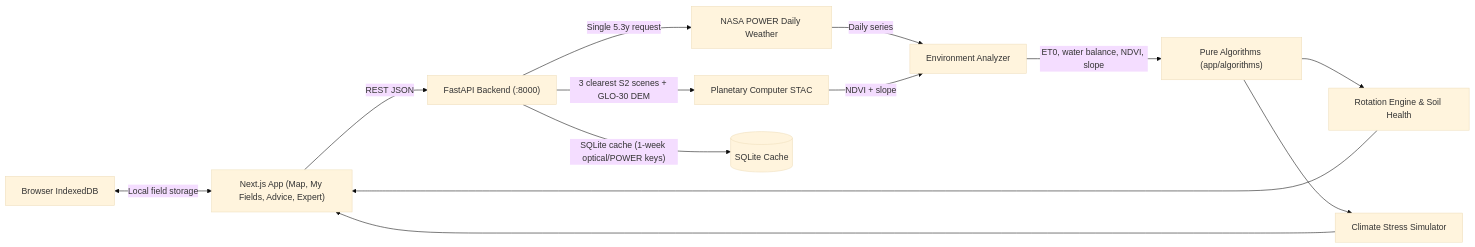
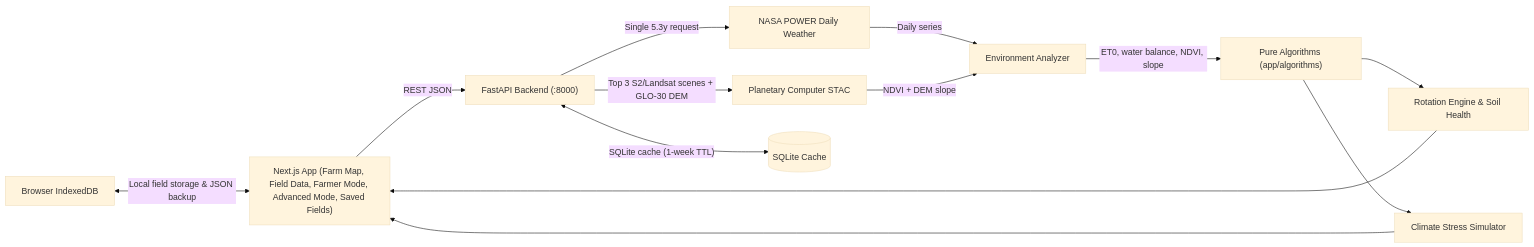
Before and after one commit to mianjunaid1223/ROTARA: the second of 3 diagrams in README.md, drawn with Mermaid (base theme). The commit also changed other lines of this file, not shown here.

````diff
--- a/README.md
+++ b/README.md
@@ -55,17 +252,17 @@
 ```mermaid
 flowchart LR
-    UI["Next.js App (Map, My Fields, Advice, Expert)"] -->|"REST JSON"| API["FastAPI Backend (:8000)"]
-    IDB["Browser IndexedDB"] <-->|"Local field storage"| UI
+    UI["Next.js App (Farm Map, Field Data, Farmer Mode, Advanced Mode, Saved Fields)"] -->|"REST JSON"| API["FastAPI Backend (:8000)"]
+    IDB["Browser IndexedDB"] <-->|"Local field storage & JSON backup"| UI
 
     API -->|"Single 5.3y request"| POWER["NASA POWER Daily Weather"]
-    API -->|"3 clearest S2 scenes + GLO-30 DEM"| STAC["Planetary Computer STAC"]
-    API -->|"SQLite cache (1-week optical/POWER keys)"| CACHE[("SQLite Cache")]
+    API -->|"Top 3 S2/Landsat scenes + GLO-30 DEM"| STAC["Planetary Computer STAC"]
+    API <-->|"SQLite cache (1-week TTL)"| CACHE[("SQLite Cache")]
 
     POWER -->|"Daily series"| ENV["Environment Analyzer"]
-    STAC -->|"NDVI + slope"| ENV
+    STAC -->|"NDVI + DEM slope"| ENV
     ENV -->|"ET0, water balance, NDVI, slope"| ALGO["Pure Algorithms (app/algorithms)"]
     ALGO --> ROT["Rotation Engine & Soil Health"]
     ALGO --> SIM["Climate Stress Simulator"]
     ROT --> UI
     SIM --> UI
 ```
````
